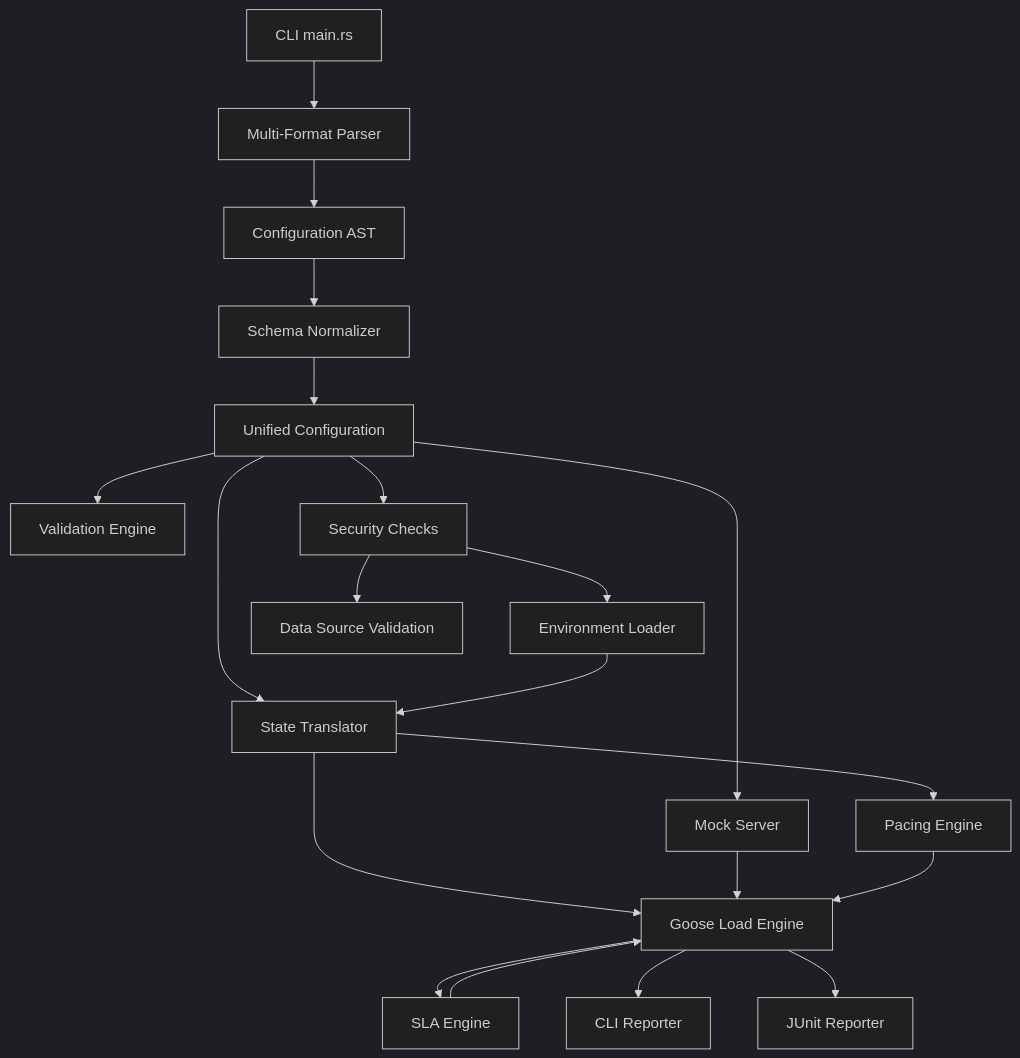
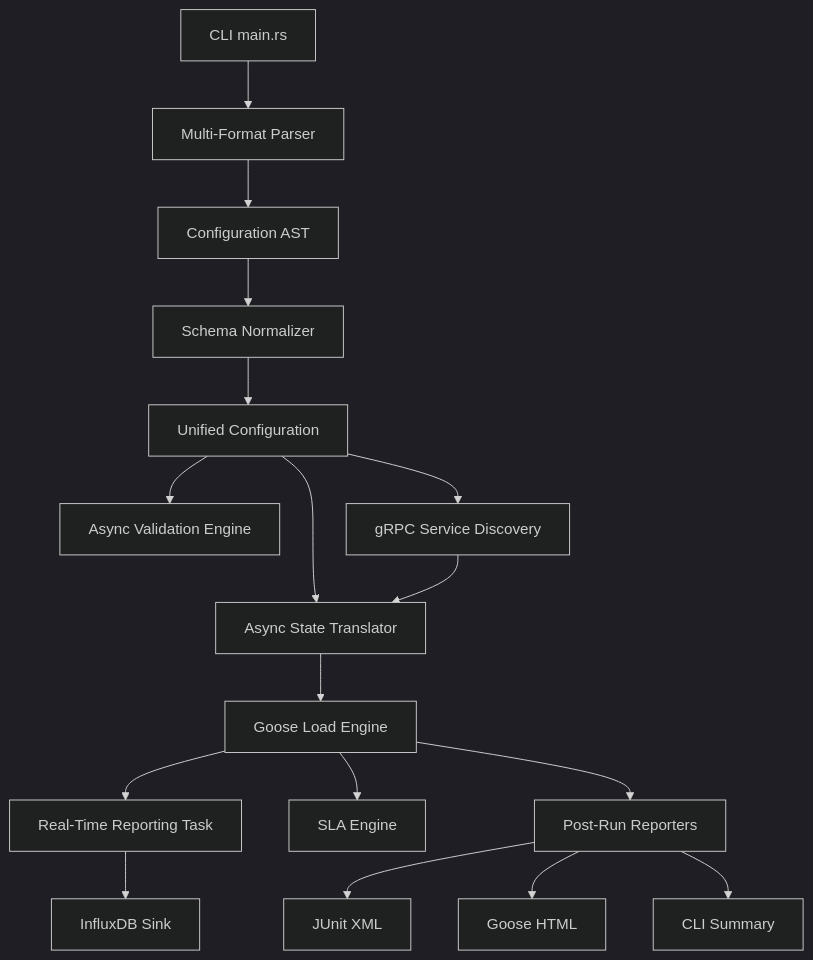
One commit to py-centric/bzt-rs changed the diagram in docs/architecture.md. Above: the diagram before and after it, drawn with Mermaid (dark theme). The commit also changed other lines of this file and 1 other file, not shown here.

Commit message:
docs: update README and architecture for advanced protocol support

````diff
--- a/docs/architecture.md
+++ b/docs/architecture.md
@@ -3,27 +7,25 @@
 ```mermaid
 graph TD
     CLI[CLI main.rs] --> Parser[Multi-Format Parser]
     Parser --> AST[Configuration AST]
     AST --> Normalizer[Schema Normalizer]
     Normalizer --> UnifiedAST[Unified Configuration]
     
-    UnifiedAST --> Validation[Validation Engine]
-    UnifiedAST --> Security[Security Checks]
-    UnifiedAST --> Mock[Mock Server]
-    UnifiedAST --> Translator[State Translator]
+    UnifiedAST --> Validation[Async Validation Engine]
+    UnifiedAST --> Discovery[gRPC Service Discovery]
+    UnifiedAST --> Translator[Async State Translator]
     
-    Security --> Env[Environment Loader]
-    Security --> DataSource[Data Source Validation]
+    Discovery --> Translator
     
-    Translator --> Pacing[Pacing Engine]
     Translator --> Goose[Goose Load Engine]
     
+    Goose --> RealTime[Real-Time Reporting Task]
+    RealTime --> Influx[InfluxDB Sink]
+    
     Goose --> SLA[SLA Engine]
-    Goose --> Reporter[CLI Reporter]
-    Goose --> JUnit[JUnit Reporter]
+    Goose --> PostReport[Post-Run Reporters]
     
-    Mock --> Goose
-    Env --> Translator
-    Pacing --> Goose
-    SLA --> Goose
+    PostReport --> JUnit[JUnit XML]
+    PostReport --> HTML[Goose HTML]
+    PostReport --> CLI_Sum[CLI Summary]
 ```
````
